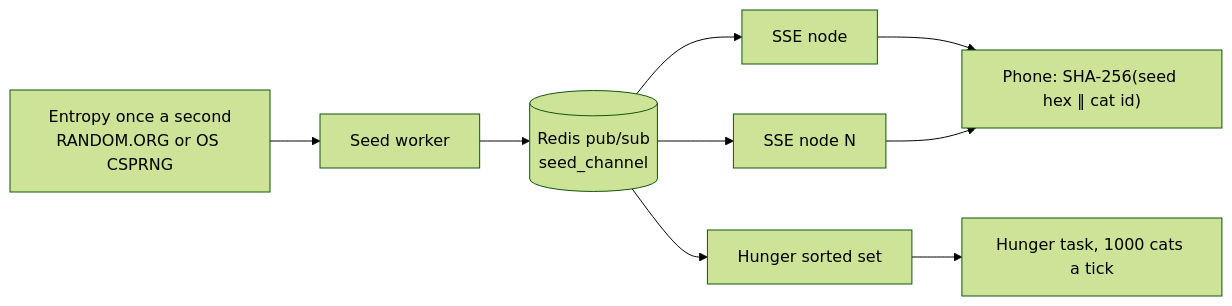
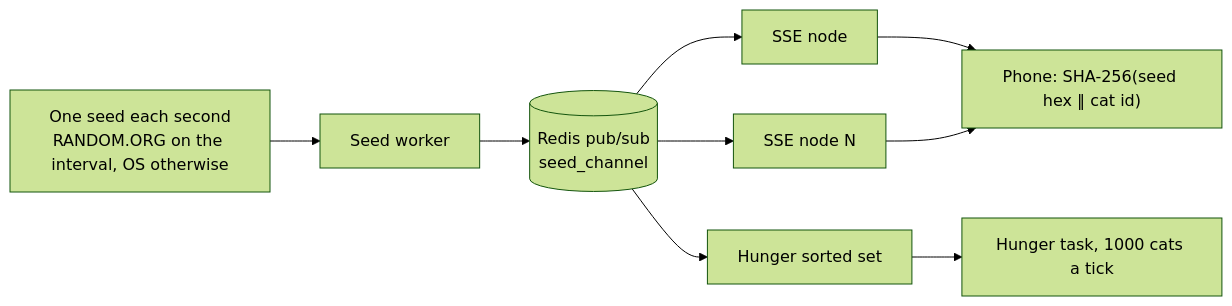
The diagram in DESIGN.md (iravan/e-pet-backend), drawn with Mermaid (forest theme) before and after one commit. The commit also changed other lines of this file and 7 other files, not shown here.

First line of the commit message:
Keep one current seed and pace RANDOM.ORG calls.

````diff
--- a/DESIGN.md
+++ b/DESIGN.md
@@ -9,11 +9,11 @@
 ```mermaid
 flowchart LR
-  entropy["Entropy once a second<br/>RANDOM.ORG or OS CSPRNG"] --> worker["Seed worker"]
+  entropy["One seed each second<br/>RANDOM.ORG on the interval, OS otherwise"] --> worker["Seed worker"]
   worker --> redis[("Redis pub/sub<br/>seed_channel")]
   redis --> sse1["SSE node"]
   redis --> sseN["SSE node N"]
   sse1 --> phone["Phone: SHA-256(seed hex ‖ cat id)"]
   sseN --> phone
   redis --> wheel["Hunger sorted set"]
   wheel --> hunger["Hunger task, 1000 cats a tick"]
 ```
````
